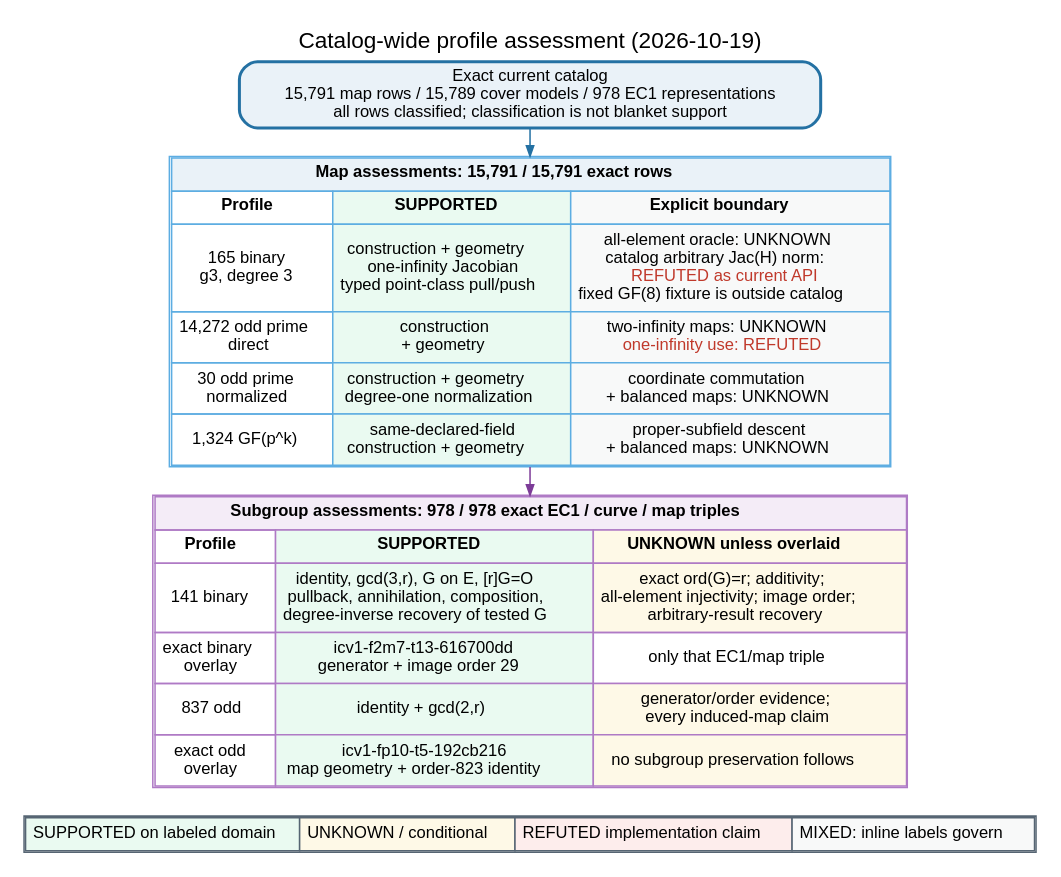
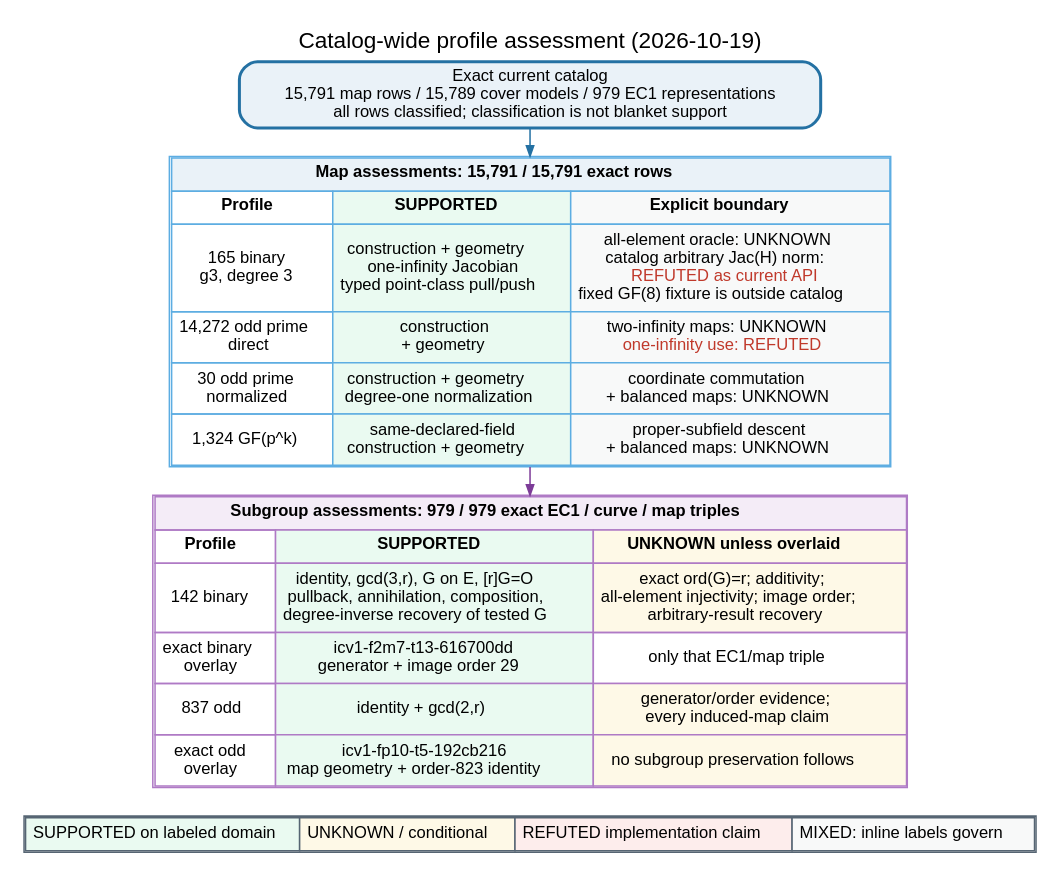
One commit to isogeny-labs/crypto changed the diagram in research/cover_transfer_assessment_20261013/typed_correspondence.dot. Above: the diagram before and after it, drawn with Graphviz. The commit also changed 10 other files, not shown here.

Commit message:
Refresh cover transfer evidence for restored EC1 generator

```diff
--- a/research/cover_transfer_assessment_20261013/typed_correspondence.dot
+++ b/research/cover_transfer_assessment_20261013/typed_correspondence.dot
@@ -1,64 +1,64 @@
-// cover-transfer-assessments/v2; catalog_maps=15791; unique_cover_models=15789; geometry_verified_maps=15791; ec1_representations=978; assessed_maps=15791; unassessed_maps=0; assessed_subgroups=978; unassessed_subgroups=0
+// cover-transfer-assessments/v2; catalog_maps=15791; unique_cover_models=15789; geometry_verified_maps=15791; ec1_representations=979; assessed_maps=15791; unassessed_maps=0; assessed_subgroups=979; unassessed_subgroups=0
 digraph cover_transfer_assessment {
   graph [
     rankdir=TB,
     bgcolor="white",
     pad="0.12",
     nodesep="0.20",
     ranksep="0.26",
     fontname="Helvetica",
     fontsize=15,
     labelloc="t",
     label="Catalog-wide profile assessment (2026-10-19)"
   ];
   node [shape=box, style="rounded,filled", fillcolor="white", color="#34495e", fontname="Helvetica", fontsize=11];
   edge [fontname="Helvetica", fontsize=9, color="#34495e", arrowsize=0.7];
 
   catalog [
-    label="Exact current catalog\n15,791 map rows / 15,789 cover models / 978 EC1 representations\nall rows classified; classification is not blanket support",
+    label="Exact current catalog\n15,791 map rows / 15,789 cover models / 979 EC1 representations\nall rows classified; classification is not blanket support",
     fillcolor="#eaf2f8",
     color="#2471a3",
     penwidth=2
   ];
 
   maps [
     shape=plain,
     label=<
       <TABLE BORDER="1" CELLBORDER="1" CELLSPACING="0" CELLPADDING="4" COLOR="#5dade2">
         <TR><TD COLSPAN="3" BGCOLOR="#eaf2f8"><B>Map assessments: 15,791 / 15,791 exact rows</B></TD></TR>
         <TR><TD><B>Profile</B></TD><TD BGCOLOR="#eafaf1"><B>SUPPORTED</B></TD><TD BGCOLOR="#f8f9f9"><B>Explicit boundary</B></TD></TR>
         <TR><TD>165 binary<BR/>g3, degree 3</TD><TD BGCOLOR="#eafaf1">construction + geometry<BR/>one-infinity Jacobian<BR/>typed point-class pull/push</TD><TD BGCOLOR="#f8f9f9">all-element oracle: UNKNOWN<BR/>catalog arbitrary Jac(H) norm:<BR/><FONT COLOR="#c0392b">REFUTED as current API</FONT><BR/>fixed GF(8) fixture is outside catalog</TD></TR>
         <TR><TD>14,272 odd prime<BR/>direct</TD><TD BGCOLOR="#eafaf1">construction<BR/>+ geometry</TD><TD BGCOLOR="#f8f9f9">two-infinity maps: UNKNOWN<BR/><FONT COLOR="#c0392b">one-infinity use: REFUTED</FONT></TD></TR>
         <TR><TD>30 odd prime<BR/>normalized</TD><TD BGCOLOR="#eafaf1">construction + geometry<BR/>degree-one normalization</TD><TD BGCOLOR="#f8f9f9">coordinate commutation<BR/>+ balanced maps: UNKNOWN</TD></TR>
         <TR><TD>1,324 GF(p^k)</TD><TD BGCOLOR="#eafaf1">same-declared-field<BR/>construction + geometry</TD><TD BGCOLOR="#f8f9f9">proper-subfield descent<BR/>+ balanced maps: UNKNOWN</TD></TR>
       </TABLE>
     >
   ];
 
   subgroups [
     shape=plain,
     label=<
       <TABLE BORDER="1" CELLBORDER="1" CELLSPACING="0" CELLPADDING="4" COLOR="#af7ac5">
-        <TR><TD COLSPAN="3" BGCOLOR="#f4ecf7"><B>Subgroup assessments: 978 / 978 exact EC1 / curve / map triples</B></TD></TR>
+        <TR><TD COLSPAN="3" BGCOLOR="#f4ecf7"><B>Subgroup assessments: 979 / 979 exact EC1 / curve / map triples</B></TD></TR>
         <TR><TD><B>Profile</B></TD><TD BGCOLOR="#eafaf1"><B>SUPPORTED</B></TD><TD BGCOLOR="#fef9e7"><B>UNKNOWN unless overlaid</B></TD></TR>
-        <TR><TD>141 binary</TD><TD BGCOLOR="#eafaf1">identity, gcd(3,r), G on E, [r]G=O<BR/>pullback, annihilation, composition,<BR/>degree-inverse recovery of tested G</TD><TD BGCOLOR="#fef9e7">exact ord(G)=r; additivity;<BR/>all-element injectivity; image order;<BR/>arbitrary-result recovery</TD></TR>
+        <TR><TD>142 binary</TD><TD BGCOLOR="#eafaf1">identity, gcd(3,r), G on E, [r]G=O<BR/>pullback, annihilation, composition,<BR/>degree-inverse recovery of tested G</TD><TD BGCOLOR="#fef9e7">exact ord(G)=r; additivity;<BR/>all-element injectivity; image order;<BR/>arbitrary-result recovery</TD></TR>
         <TR><TD>exact binary<BR/>overlay</TD><TD BGCOLOR="#eafaf1">icv1-f2m7-t13-616700dd<BR/>generator + image order 29</TD><TD>only that EC1/map triple</TD></TR>
         <TR><TD>837 odd</TD><TD BGCOLOR="#eafaf1">identity + gcd(2,r)</TD><TD BGCOLOR="#fef9e7">generator/order evidence;<BR/>every induced-map claim</TD></TR>
         <TR><TD>exact odd<BR/>overlay</TD><TD BGCOLOR="#eafaf1">icv1-fp10-t5-192cb216<BR/>map geometry + order-823 identity</TD><TD BGCOLOR="#fef9e7">no subgroup preservation follows</TD></TR>
       </TABLE>
     >
   ];
 
   legend [
     shape=plain,
     label=<
       <TABLE BORDER="1" CELLBORDER="1" CELLSPACING="0" CELLPADDING="4" COLOR="#566573">
         <TR><TD BGCOLOR="#eafaf1">SUPPORTED on labeled domain</TD><TD BGCOLOR="#fef9e7">UNKNOWN / conditional</TD><TD BGCOLOR="#fdedec">REFUTED implementation claim</TD><TD BGCOLOR="#f8f9f9">MIXED: inline labels govern</TD></TR>
       </TABLE>
     >
   ];
 
   catalog -> maps [color="#2471a3"];
   maps -> subgroups [color="#7d3c98"];
   subgroups -> legend [style="invis", weight=80];
 }
```
